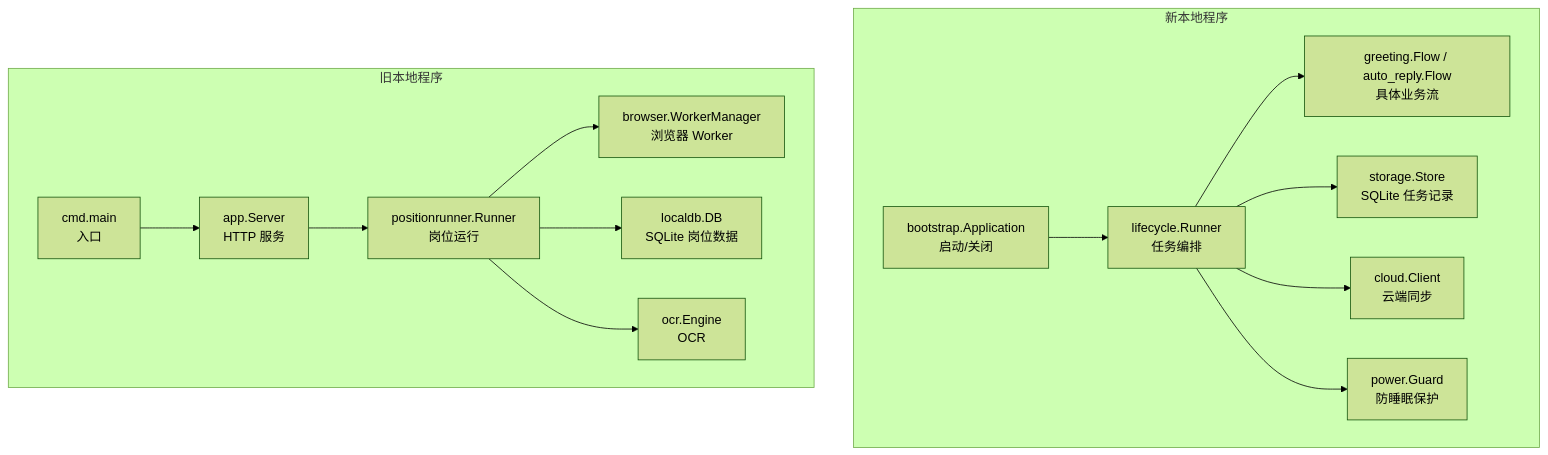
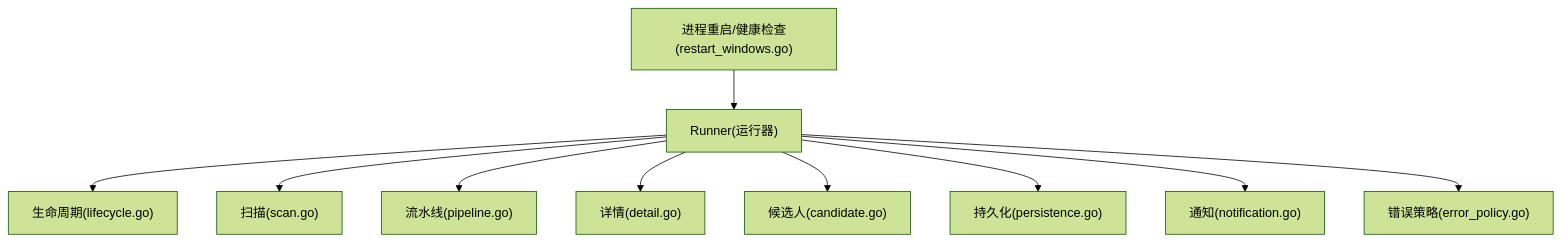
The first of 9 diagrams in .qoder/repowiki/zh/content/本地执行器/任务调度/生命周期管理.md (alvinwangzi/goodhr), drawn with Mermaid (forest theme) before and after one commit. The commit also changed other lines of this file and 149 other files, not shown here.

````diff
--- a/.qoder/repowiki/zh/content/本地执行器/任务调度/生命周期管理.md
+++ b/.qoder/repowiki/zh/content/本地执行器/任务调度/生命周期管理.md
@@ -40,17 +41,12 @@
 ```mermaid
 graph TB
-subgraph "新本地程序"
-A["bootstrap.Application<br/>启动/关闭"] --> B["lifecycle.Runner<br/>任务编排"]
-B --> C["greeting.Flow / auto_reply.Flow<br/>具体业务流"]
-B --> D["storage.Store<br/>SQLite 任务记录"]
-B --> E["cloud.Client<br/>云端同步"]
-B --> F["power.Guard<br/>防睡眠保护"]
-end
-subgraph "旧本地程序"
-M["cmd.main<br/>入口"] --> N["app.Server<br/>HTTP 服务"]
-N --> O["positionrunner.Runner<br/>岗位运行"]
-O --> P["browser.WorkerManager<br/>浏览器 Worker"]
-O --> Q["localdb.DB<br/>SQLite 岗位数据"]
-O --> R["ocr.Engine<br/>OCR"]
-end
+A["Runner(运行器)"] --> B["生命周期(lifecycle.go)"]
+A --> C["扫描(scan.go)"]
+A --> D["流水线(pipeline.go)"]
+A --> E["详情(detail.go)"]
+A --> F["候选人(candidate.go)"]
+A --> G["持久化(persistence.go)"]
+A --> H["通知(notification.go)"]
+A --> I["错误策略(error_policy.go)"]
+J["进程重启/健康检查(restart_windows.go)"] --> A
 ```
````
